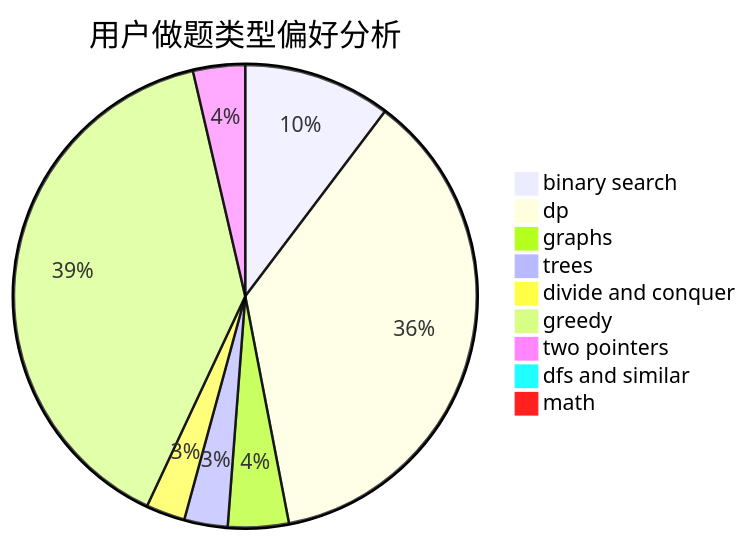
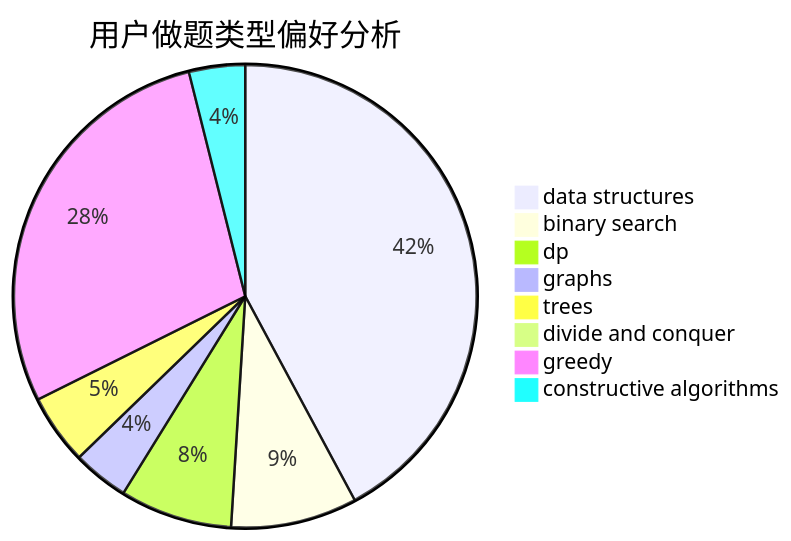
The second of 3 diagrams in docs/user/u2746.md (sherpahu/cfrs.github.io), drawn with Mermaid before and after one commit. The commit also changed other lines of this file and 2775 other files, not shown here.

````diff
--- a/docs/user/u2746.md
+++ b/docs/user/u2746.md
@@ -23,12 +23,11 @@
 ```mermaid
 pie title 用户做题类型偏好分析
-    "binary search" :  34
-    "dp" :  121
-    "graphs" :  14
-    "trees" :  10
-    "divide and conquer" :  9
-    "greedy" :  130
-    "two pointers" :  12
-    "dfs and similar" :  1
-    "math" :  1
+    "data structures" :  43
+    "binary search" :  9
+    "dp" :  8
+    "graphs" :  4
+    "trees" :  5
+    "divide and conquer" :  0
+    "greedy" :  29
+    "constructive algorithms" :  4
 ```
````
